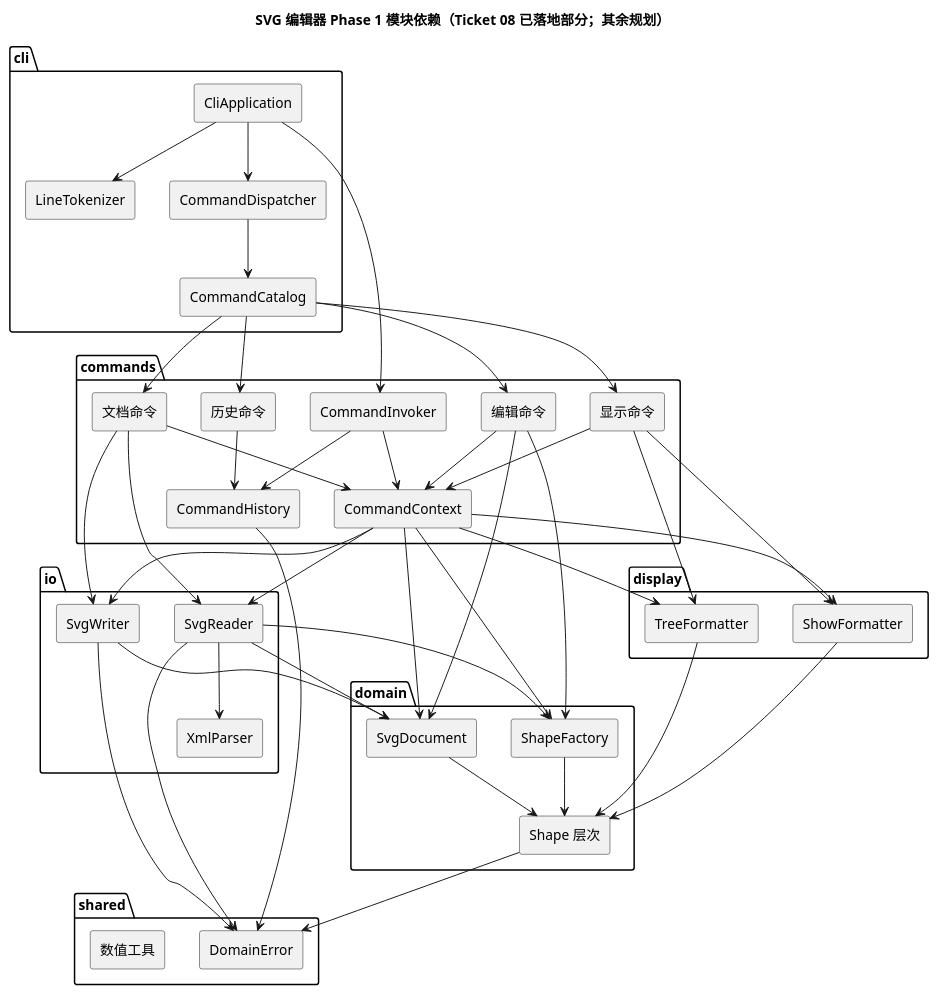
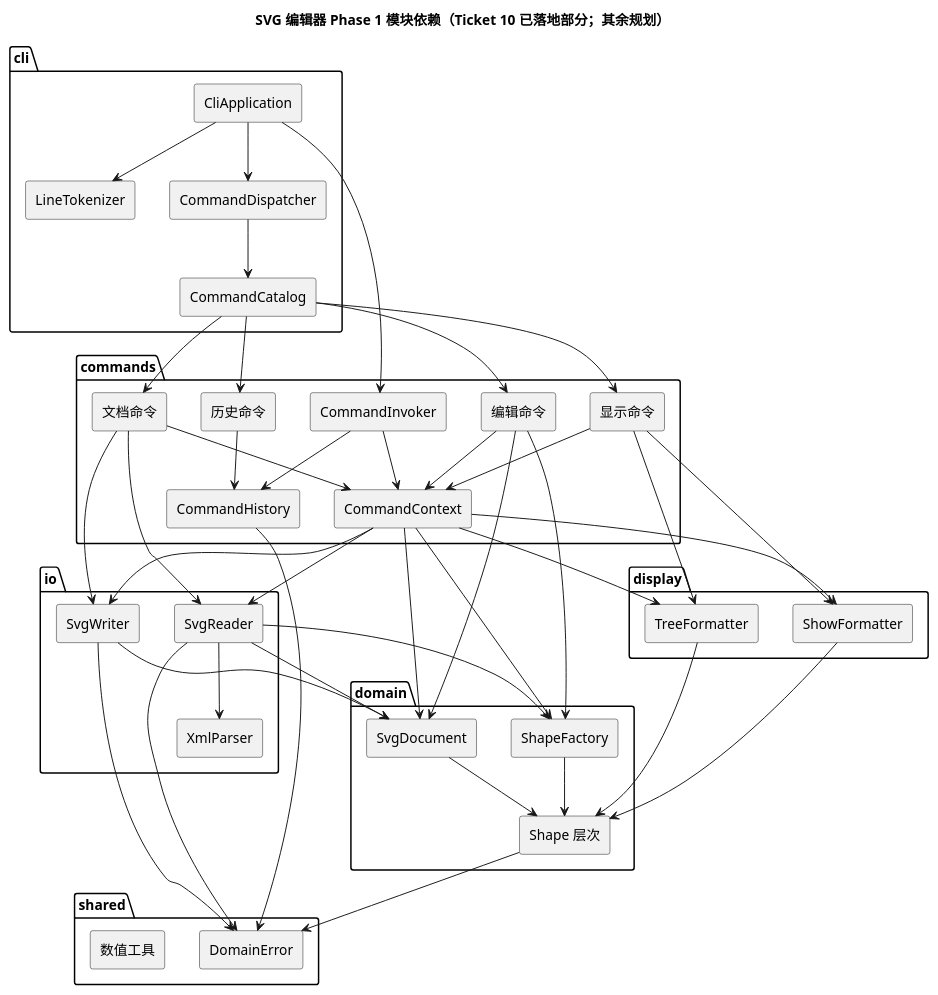
One commit to NQC233/svg-editor-lab1 changed the diagram in doc/README.md. Above: the diagram before and after it, drawn with PlantUML. The commit also changed other lines of this file and 6 other files, not shown here.

````diff
--- a/doc/README.md
+++ b/doc/README.md
@@ -48,7 +48,7 @@
 ```plantuml
 @startuml
 skinparam componentStyle rectangle
-title SVG 编辑器 Phase 1 模块依赖（Ticket 08 已落地部分；其余规划）
+title SVG 编辑器 Phase 1 模块依赖（Ticket 10 已落地部分；其余规划）
 
 package "cli" {
   [CliApplication]
````
